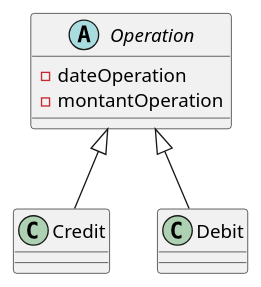
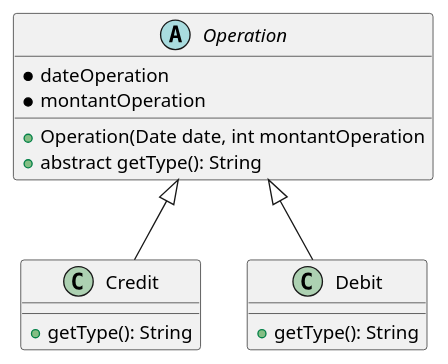
The diagram in src/HeritageAbstraction.puml (KevinLeNozer/CoursJava), drawn with PlantUML before and after one commit. The commit also changed 1 other file, not shown here.

```diff
--- a/src/HeritageAbstraction.puml
+++ b/src/HeritageAbstraction.puml
@@ -1,14 +1,20 @@
 @startuml
 'https://plantuml.com/class-diagram
 
 abstract class Operation {
-    -dateOperation
-    -montantOperation
+    *dateOperation
+    *montantOperation
+    +Operation(Date date, int montantOperation
+    +abstract getType(): String
 }
 
-class Credit extends Operation
-class Debit extends Operation
+class Credit extends Operation {
+    +getType(): String
+ }
+class Debit extends Operation {
+    +getType(): String
+}
 
 
 
 @enduml
```
